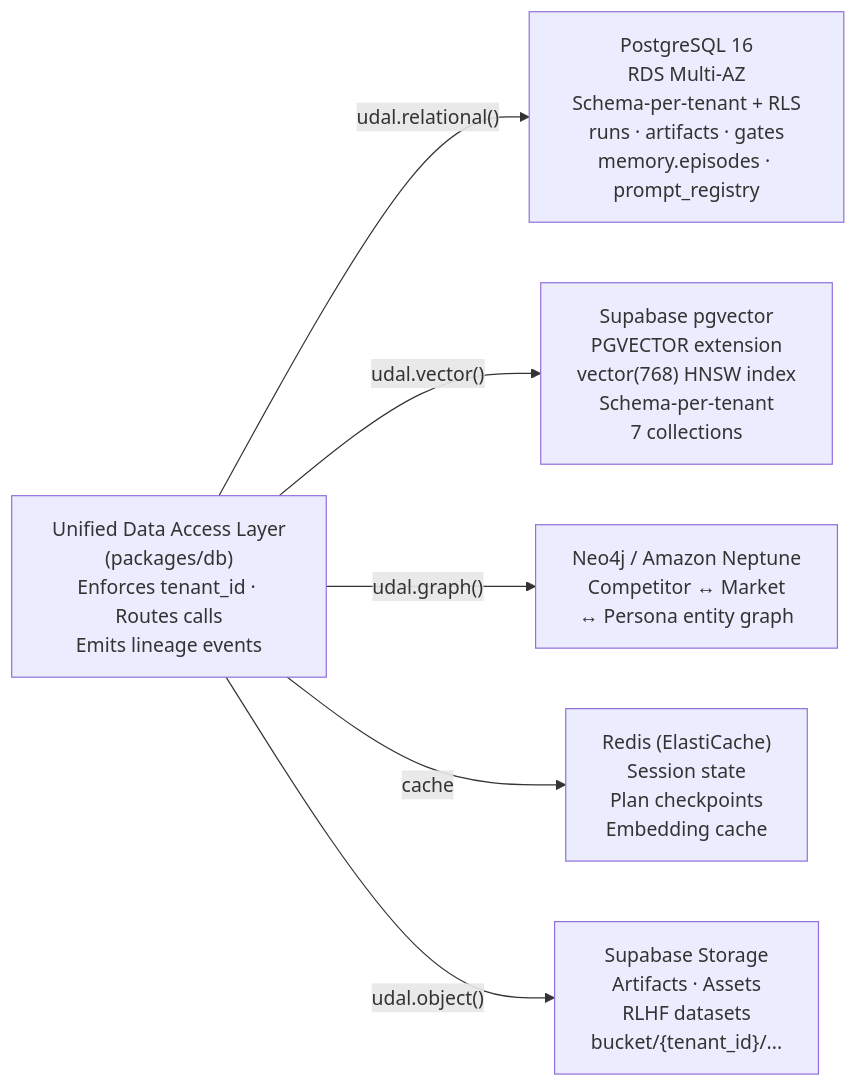
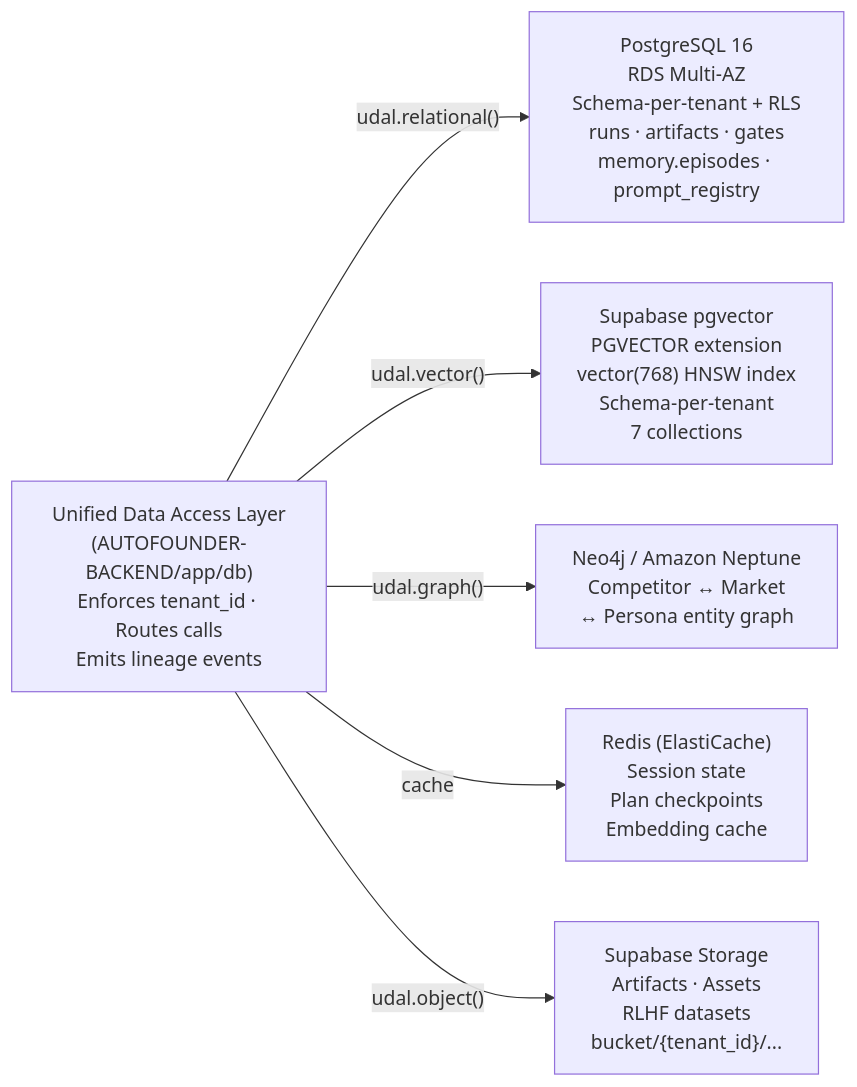
One commit to kaushraj1/AutoFounder changed the eighth of 18 diagrams in docs/architecture/HLD.md. Above: the diagram before and after it, drawn with Mermaid. The commit also changed other lines of this file and 14 other files, not shown here.

First line of the commit message:
chore: consolidate planning docs into .claude, dedupe scripts, sync docs/architecture

````diff
--- a/docs/architecture/HLD.md
+++ b/docs/architecture/HLD.md
@@ -422,10 +422,10 @@
 ```mermaid
 graph LR
-    UDAL["Unified Data Access Layer\n(packages/db)\nEnforces tenant_id · Routes calls\nEmits lineage events"]
+    UDAL["Unified Data Access Layer\n(AUTOFOUNDER-BACKEND/app/db)\nEnforces tenant_id · Routes calls\nEmits lineage events"]
 
     UDAL -->|"udal.relational()"| PG["PostgreSQL 16\nRDS Multi-AZ\nSchema-per-tenant + RLS\nruns · artifacts · gates\nmemory.episodes · prompt_registry"]
     UDAL -->|"udal.vector()"| VEC["Supabase pgvector\nPGVECTOR extension\nvector(768) HNSW index\nSchema-per-tenant\n7 collections"]
     UDAL -->|"udal.graph()"| GRAPH["Neo4j / Amazon Neptune\nCompetitor ↔ Market\n↔ Persona entity graph"]
     UDAL -->|"cache"| REDIS["Redis (ElastiCache)\nSession state\nPlan checkpoints\nEmbedding cache"]
     UDAL -->|"udal.object()"| S3["Supabase Storage\nArtifacts · Assets\nRLHF datasets\nbucket/{tenant_id}/..."]
 ```
````
